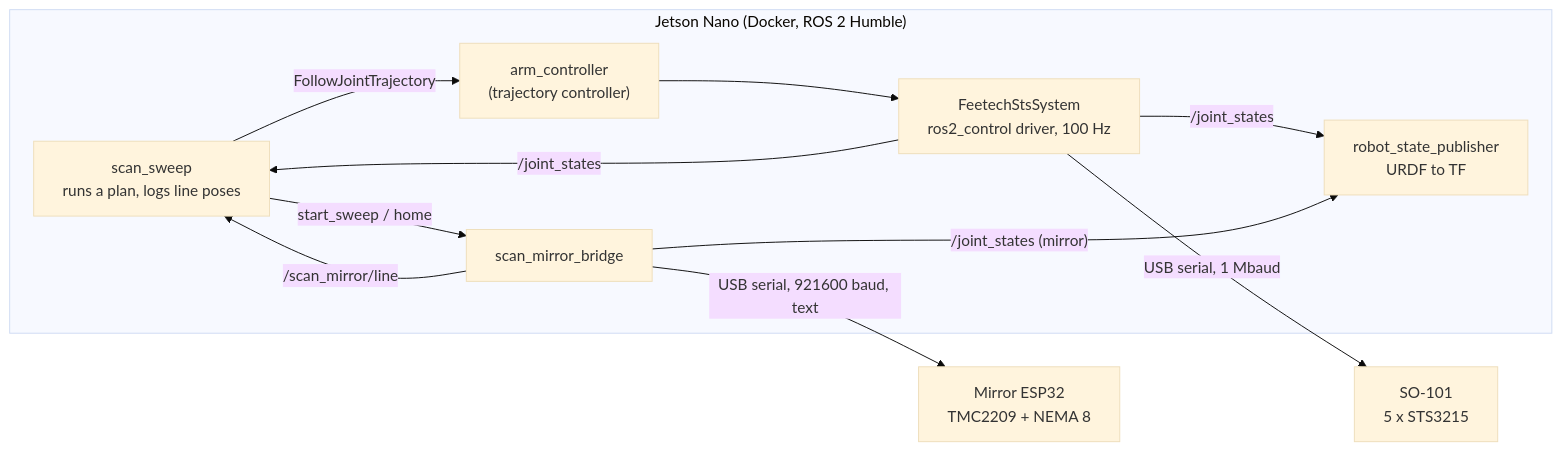
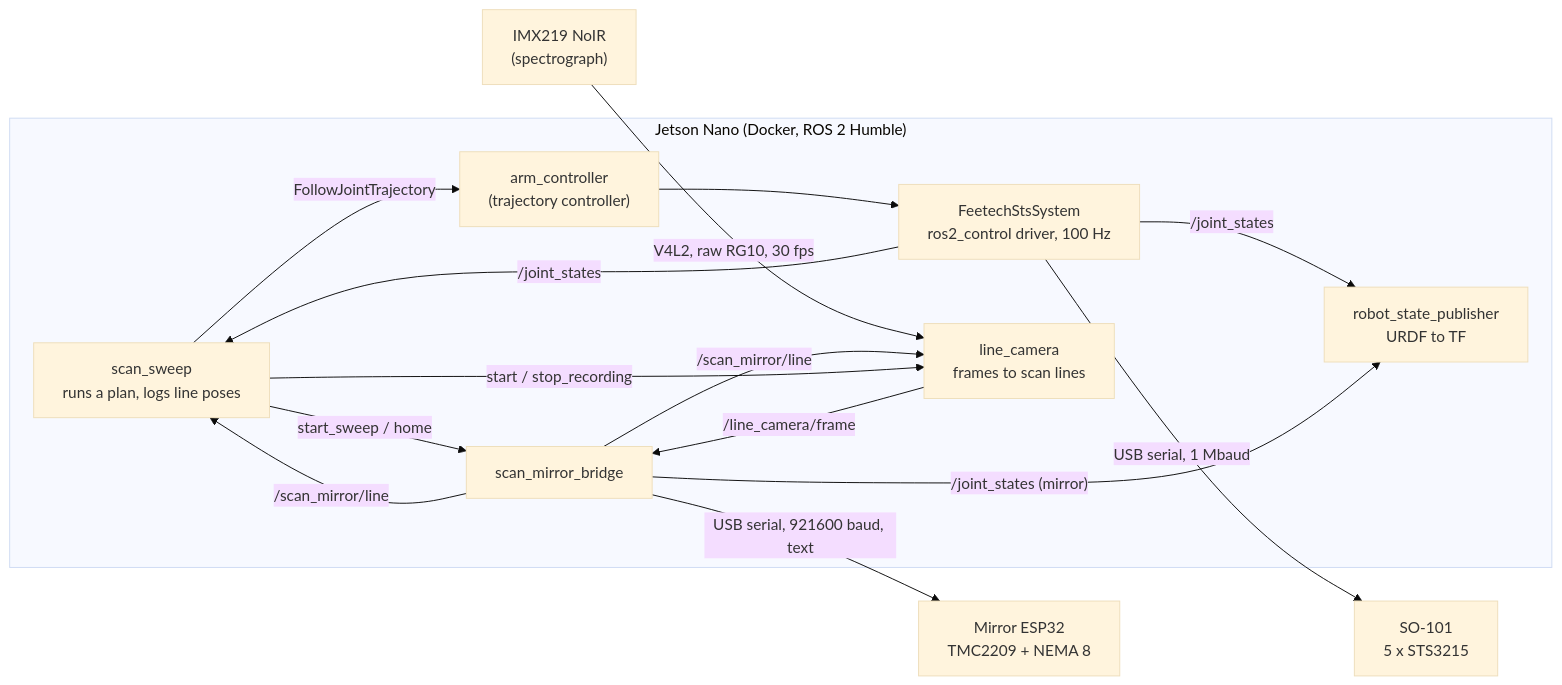
Before and after one commit to CoraBeanz/linescan-hyperspectral-splatting: the diagram in ros2/README.md, drawn with Mermaid (base theme). The commit also changed other lines of this file and 7 other files, not shown here.

````diff
--- a/ros2/README.md
+++ b/ros2/README.md
@@ -18,18 +19,24 @@
 ```mermaid
 flowchart LR
     subgraph Jetson["Jetson Nano (Docker, ROS 2 Humble)"]
         sweep["scan_sweep<br/>runs a plan, logs line poses"]
         jtc["arm_controller<br/>(trajectory controller)"]
         drv["FeetechStsSystem<br/>ros2_control driver, 100 Hz"]
         bridge["scan_mirror_bridge"]
         rsp["robot_state_publisher<br/>URDF to TF"]
+        cam["line_camera<br/>frames to scan lines"]
     end
     servos["SO-101<br/>5 x STS3215"]
     esp["Mirror ESP32<br/>TMC2209 + NEMA 8"]
+    imx["IMX219 NoIR<br/>(spectrograph)"]
     sweep -- "FollowJointTrajectory" --> jtc --> drv -- "USB serial, 1 Mbaud" --> servos
     sweep -- "start_sweep / home" --> bridge -- "USB serial, 921600 baud, text" --> esp
     bridge -- "/scan_mirror/line" --> sweep
+    imx -- "V4L2, raw RG10, 30 fps" --> cam
+    cam -- "/line_camera/frame" --> bridge
+    bridge -- "/scan_mirror/line" --> cam
+    sweep -- "start / stop_recording" --> cam
     drv -- "/joint_states" --> sweep
     drv -- "/joint_states" --> rsp
     bridge -- "/joint_states (mirror)" --> rsp
 ```
````
